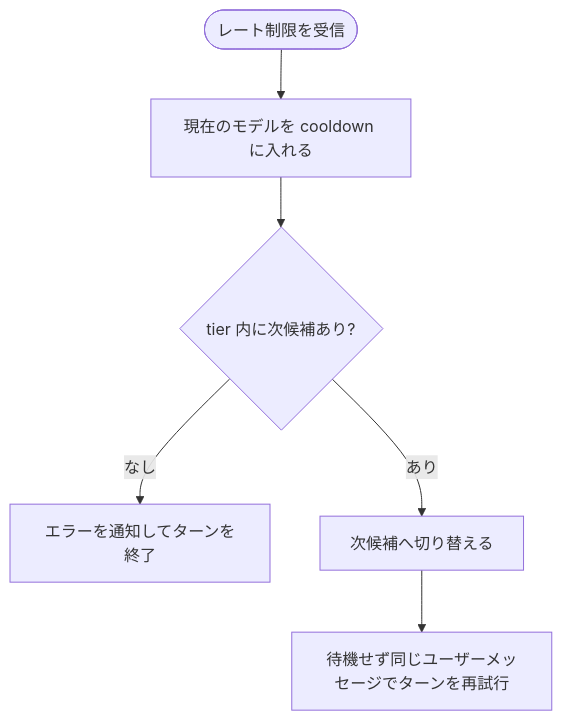
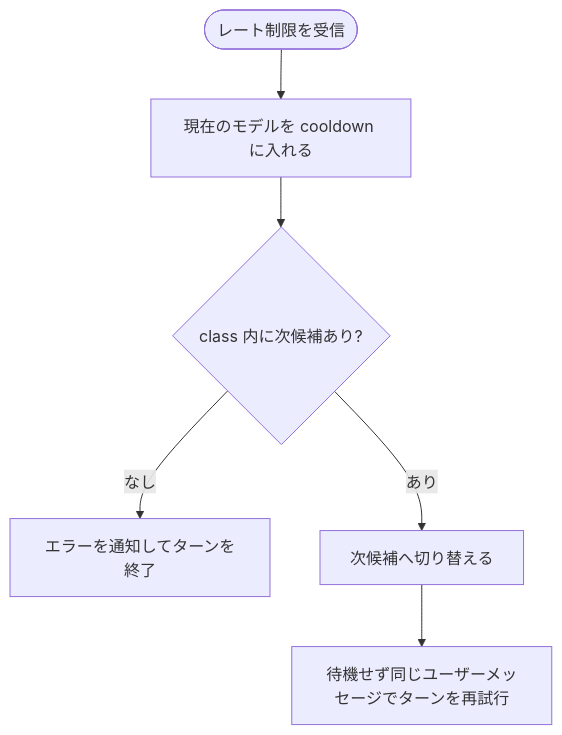
Before and after one commit to CatBraaain/dotfiles: the second of 3 diagrams in dotfiles/.pi/agent/extensions.exact/agents/SPEC.md, drawn with Mermaid. The commit also changed other lines of this file and 6 other files, not shown here.

````diff
--- a/dotfiles/.pi/agent/extensions.exact/agents/SPEC.md
+++ b/dotfiles/.pi/agent/extensions.exact/agents/SPEC.md
@@ -178,8 +178,8 @@
 ```mermaid
 flowchart TD
     A([レート制限を受信]) --> B[現在のモデルを cooldown に入れる]
-    B --> C{tier 内に次候補あり?}
+    B --> C{class 内に次候補あり?}
     C -->|なし| D[エラーを通知してターンを終了]
     C -->|あり| E[次候補へ切り替える]
     E --> F[待機せず同じユーザーメッセージでターンを再試行]
 ```
````
